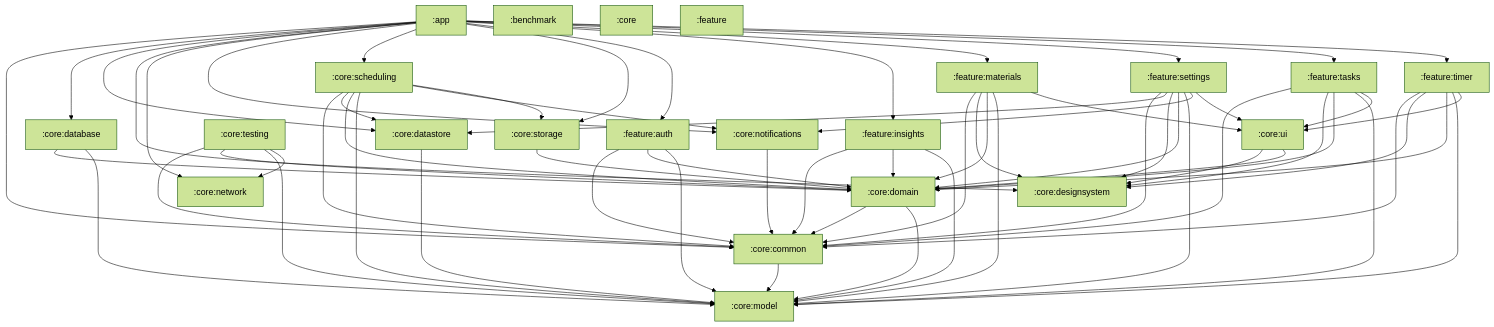
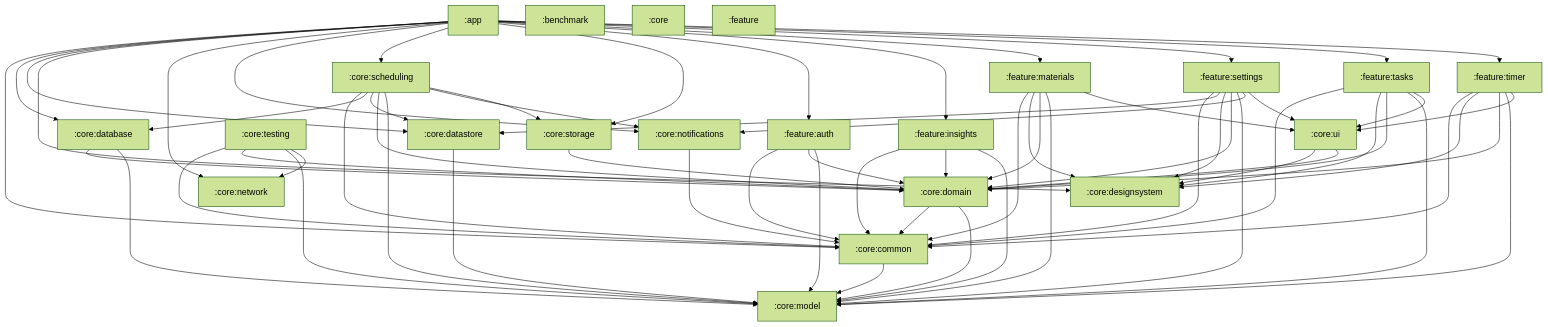
Before and after one commit to konarsubhojit/study-app: the diagram in docs/module-graph.md, drawn with Mermaid (forest theme). The commit also changed 1 other file, not shown here.

Commit message:
Merge master, fix scheduling deps and module graph, add manifest targetApi

```diff
--- a/docs/module-graph.md
+++ b/docs/module-graph.md
@@ -51,6 +51,7 @@
     core_domain --> core_model
     core_notifications --> core_common
     core_scheduling --> core_common
+    core_scheduling --> core_database
     core_scheduling --> core_datastore
     core_scheduling --> core_domain
     core_scheduling --> core_model
```
